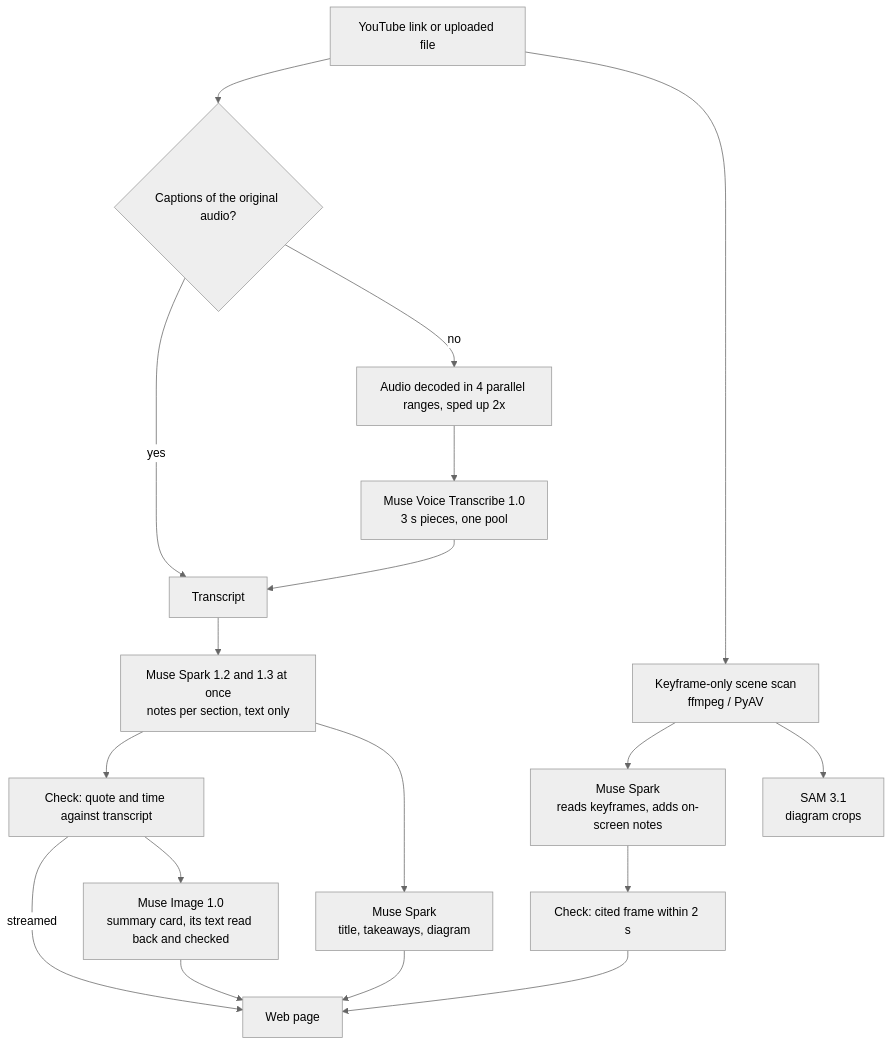
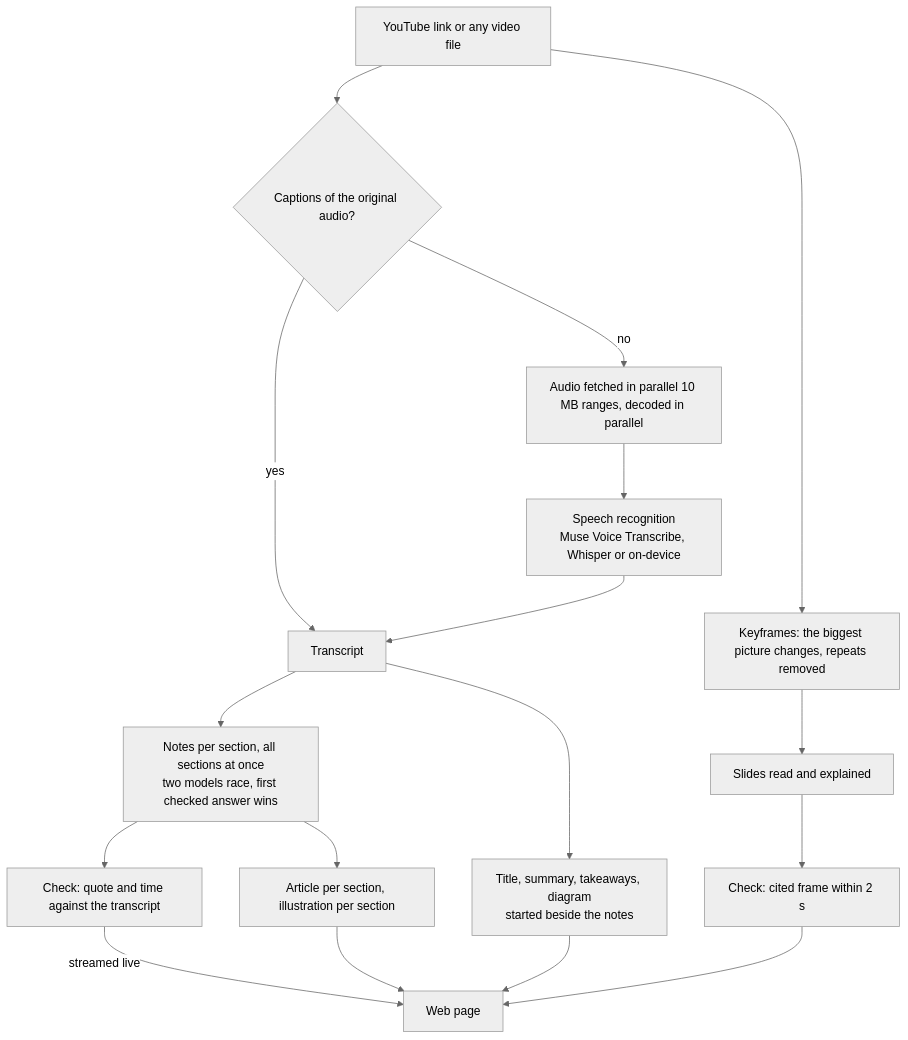
Before and after one commit to ashutoshrath1/vidmind: the diagram in README.md, drawn with Mermaid (neutral theme). The commit also changed other lines of this file and 5 other files, not shown here.

First line of the commit message:
README for a first-time user, with a 20 s product video

````diff
--- a/README.md
+++ b/README.md
@@ -22,16 +127,13 @@
 ```mermaid
 flowchart TD
-    A[YouTube link or uploaded file] --> B{Captions of the original audio?}
+    A[YouTube link or any video file] --> B{Captions of the original audio?}
     B -- yes --> T[Transcript]
-    B -- no --> C[Audio decoded in 4 parallel ranges, sped up 2x] --> D[Muse Voice Transcribe 1.0<br/>3 s pieces, one pool] --> T
-    A --> K[Keyframe-only scene scan<br/>ffmpeg / PyAV]
-    T --> N[Muse Spark 1.2 and 1.3 at once<br/>notes per section, text only]
-    N --> G[Check: quote and time against transcript]
-    G -- streamed --> UI[Web page]
-    K --> O[Muse Spark<br/>reads keyframes, adds on-screen notes]
-    O --> G2[Check: cited frame within 2 s] --> UI
-    K --> S[SAM 3.1<br/>diagram crops]
-    N --> X[Muse Spark<br/>title, takeaways, diagram]
-    X --> UI
-    G --> I[Muse Image 1.0<br/>summary card, its text read back and checked] --> UI
+    B -- no --> C[Audio fetched in parallel 10 MB ranges, decoded in parallel] --> D[Speech recognition<br/>Muse Voice Transcribe, Whisper or on-device] --> T
+    A --> K[Keyframes: the biggest picture changes, repeats removed]
+    T --> N[Notes per section, all sections at once<br/>two models race, first checked answer wins]
+    N --> G[Check: quote and time against the transcript]
+    G -- streamed live --> UI[Web page]
+    K --> O[Slides read and explained] --> G2[Check: cited frame within 2 s] --> UI
+    T --> X[Title, summary, takeaways, diagram<br/>started beside the notes] --> UI
+    N --> W[Article per section, illustration per section] --> UI
 ```
````
